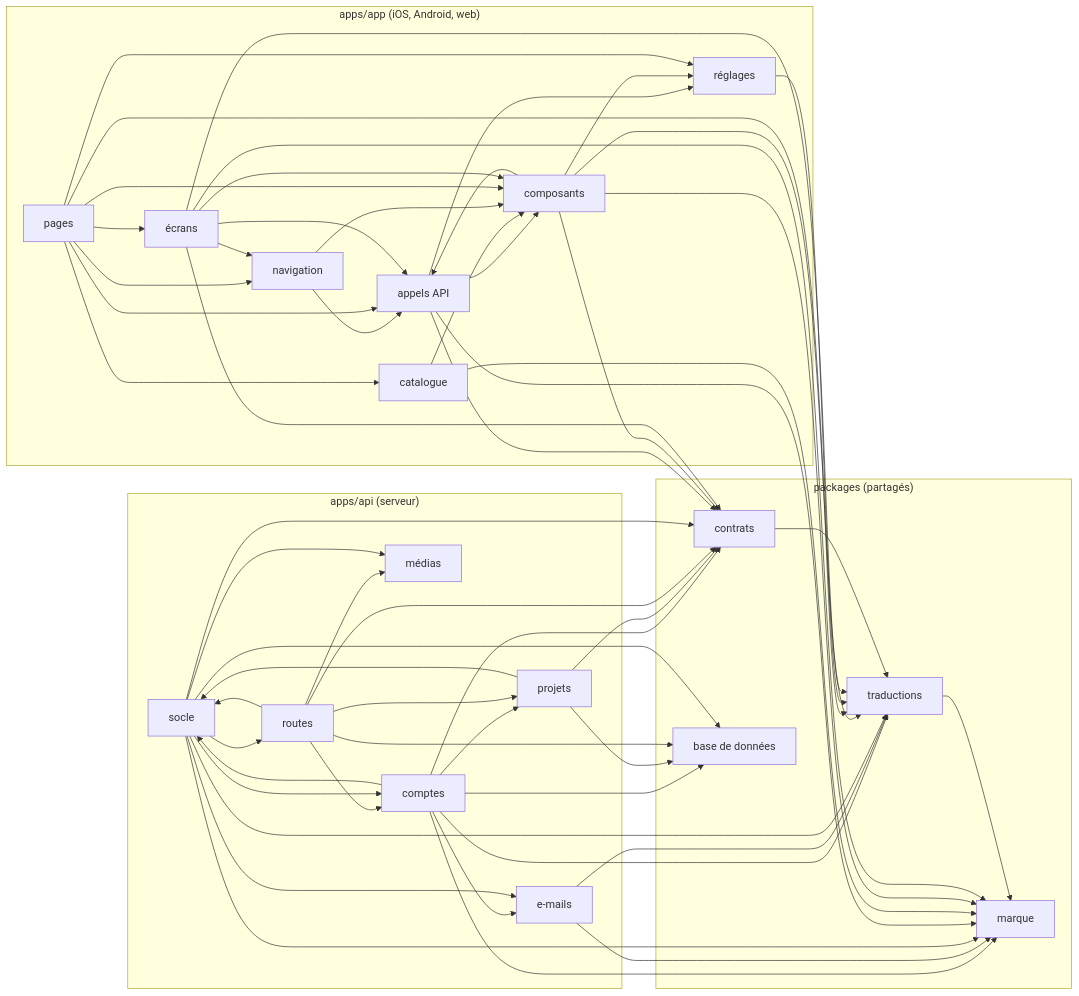
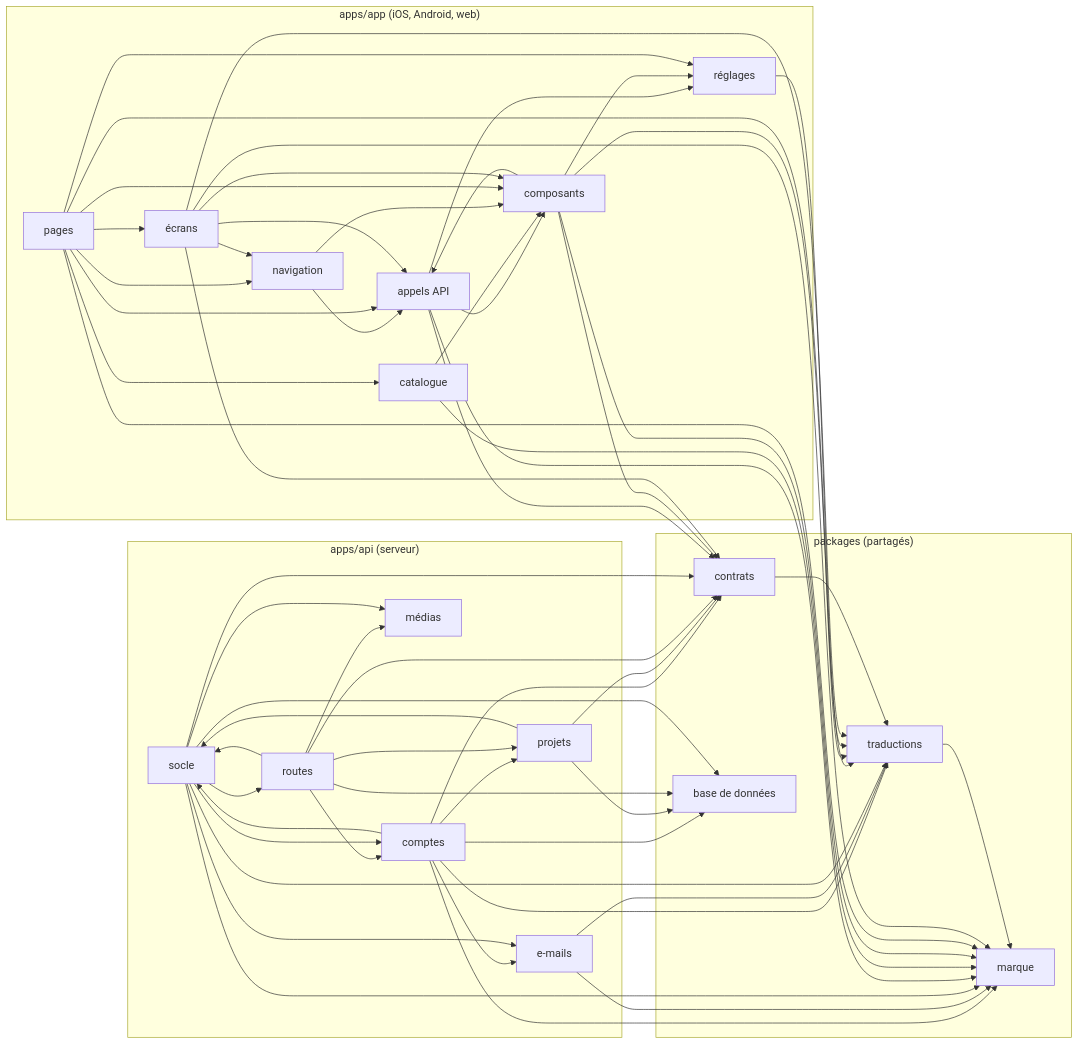
Before and after one commit to EthogramHQ/Waiggle: the diagram in docs/architecture/dependances.md, drawn with Mermaid. The commit also changed 40 other files, not shown here.

````diff
--- a/docs/architecture/dependances.md
+++ b/docs/architecture/dependances.md
@@ -7,81 +7,82 @@
 ```mermaid
 flowchart LR
   subgraph appli["apps/app (iOS, Android, web)"]
+    n0["pages"]
     n5["appels API"]
     n7["réglages"]
     n2["composants"]
     n4["navigation"]
     n1["écrans"]
-    n0["pages"]
     n3["catalogue"]
   end
   subgraph api["apps/api (serveur)"]
     n14["socle"]
     n9["comptes"]
     n10["projets"]
     n8["routes"]
     n11["médias"]
     n12["e-mails"]
   end
   subgraph paquets["packages (partagés)"]
     n17["traductions"]
     n18["marque"]
     n15["contrats"]
     n16["base de données"]
   end
   n9 --> n12
   n9 --> n10
   n9 --> n14
   n9 --> n16
   n9 --> n15
   n9 --> n18
   n9 --> n17
   n12 --> n18
   n12 --> n17
   n10 --> n14
   n10 --> n16
   n10 --> n15
   n8 --> n9
   n8 --> n11
   n8 --> n10
   n8 --> n14
   n8 --> n16
   n8 --> n15
   n14 --> n9
   n14 --> n12
   n14 --> n11
   n14 --> n8
   n14 --> n16
   n14 --> n15
   n14 --> n18
   n14 --> n17
   n5 --> n2
   n5 --> n7
   n5 --> n15
   n5 --> n18
   n3 --> n2
   n3 --> n18
   n2 --> n5
   n2 --> n7
   n2 --> n15
   n2 --> n18
   n2 --> n17
   n4 --> n5
   n4 --> n2
   n0 --> n5
   n0 --> n3
   n0 --> n2
   n0 --> n4
   n0 --> n7
   n0 --> n1
+  n0 --> n18
   n0 --> n17
   n7 --> n17
   n1 --> n5
   n1 --> n2
   n1 --> n4
   n1 --> n15
   n1 --> n18
   n1 --> n17
   n15 --> n17
   n17 --> n18
 ```
````
